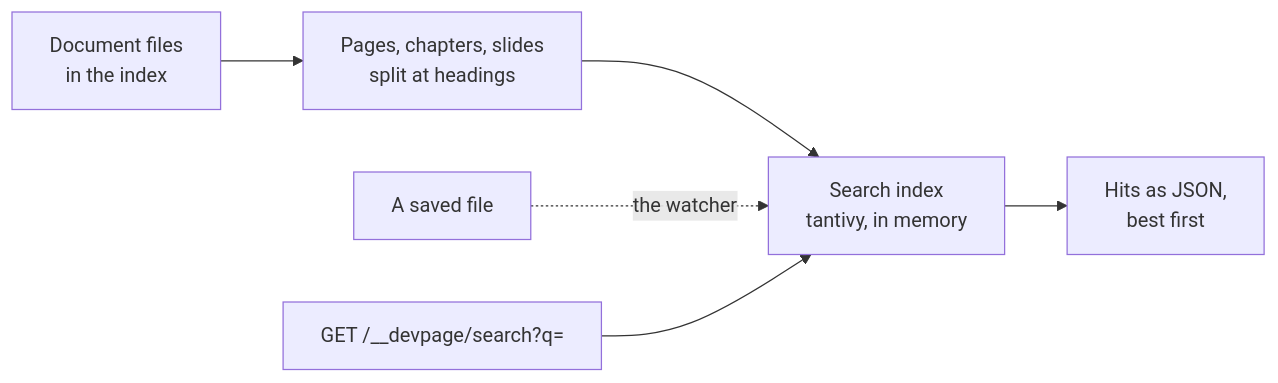
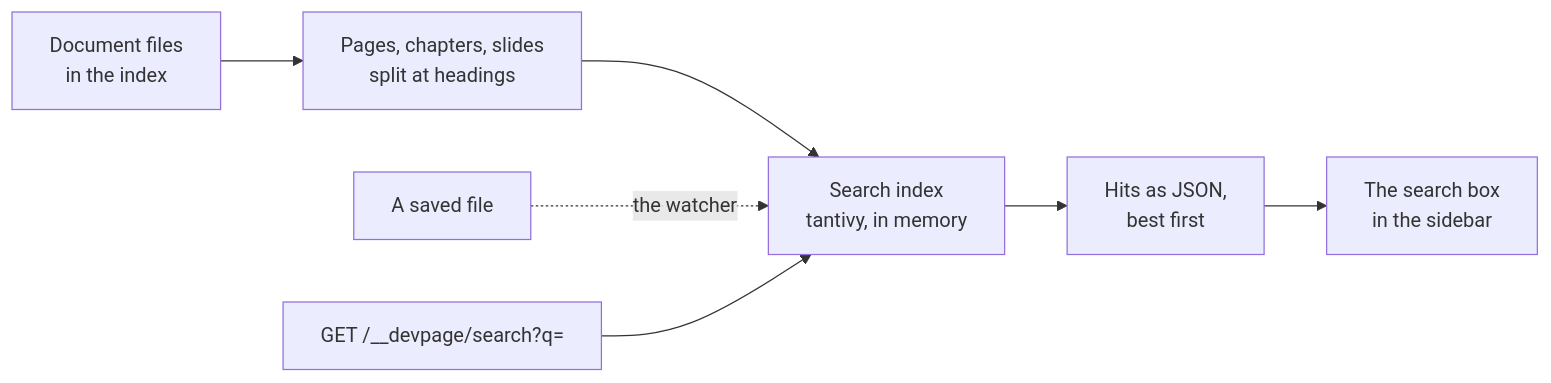
Before and after one commit to andrei512/devpage: the diagram in docs/boxes/viewer/search/README.md, drawn with Mermaid. The commit also changed other lines of this file and 15 other files, not shown here.

First line of the commit message:
Search in the sidebar: hits as you type, keyboard-first

````diff
--- a/docs/boxes/viewer/search/README.md
+++ b/docs/boxes/viewer/search/README.md
@@ -9,13 +11,15 @@
 ```mermaid
 flowchart LR
   docs["Document files<br/>in the index"] --> sections["Pages, chapters, slides<br/>split at headings"]
   sections --> search["Search index<br/>tantivy, in memory"]
   save["A saved file"] -. "the watcher" .-> search
   query["GET /__devpage/search?q="] --> search
   search --> hits["Hits as JSON,<br/>best first"]
+  hits --> box["The search box<br/>in the sidebar"]
   click docs href "../document-index/README.md#the-index" "The index"
   click sections href "#what-is-indexed" "What is indexed"
   click save href "#how-it-stays-current" "How it stays current"
   click query href "#the-endpoint" "The endpoint"
   click hits href "#the-endpoint" "The endpoint"
+  click box href "#the-search-box" "The search box"
 ```
````
